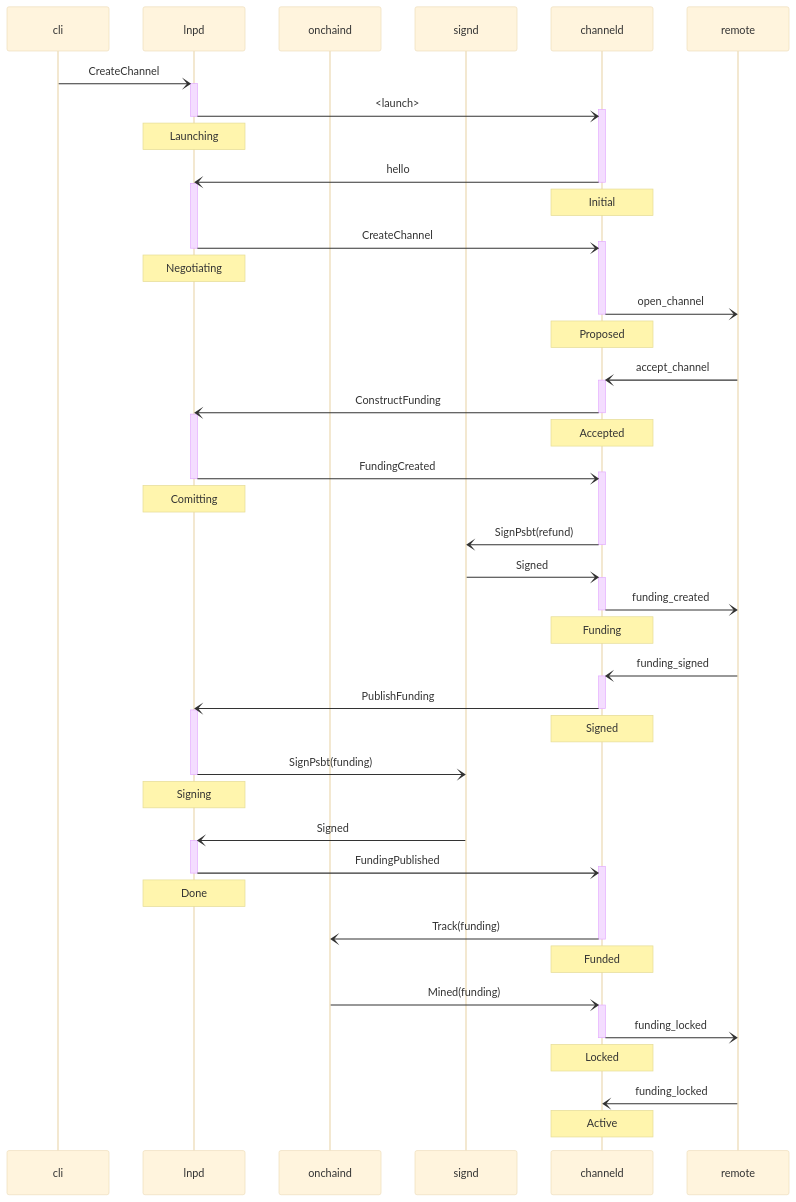
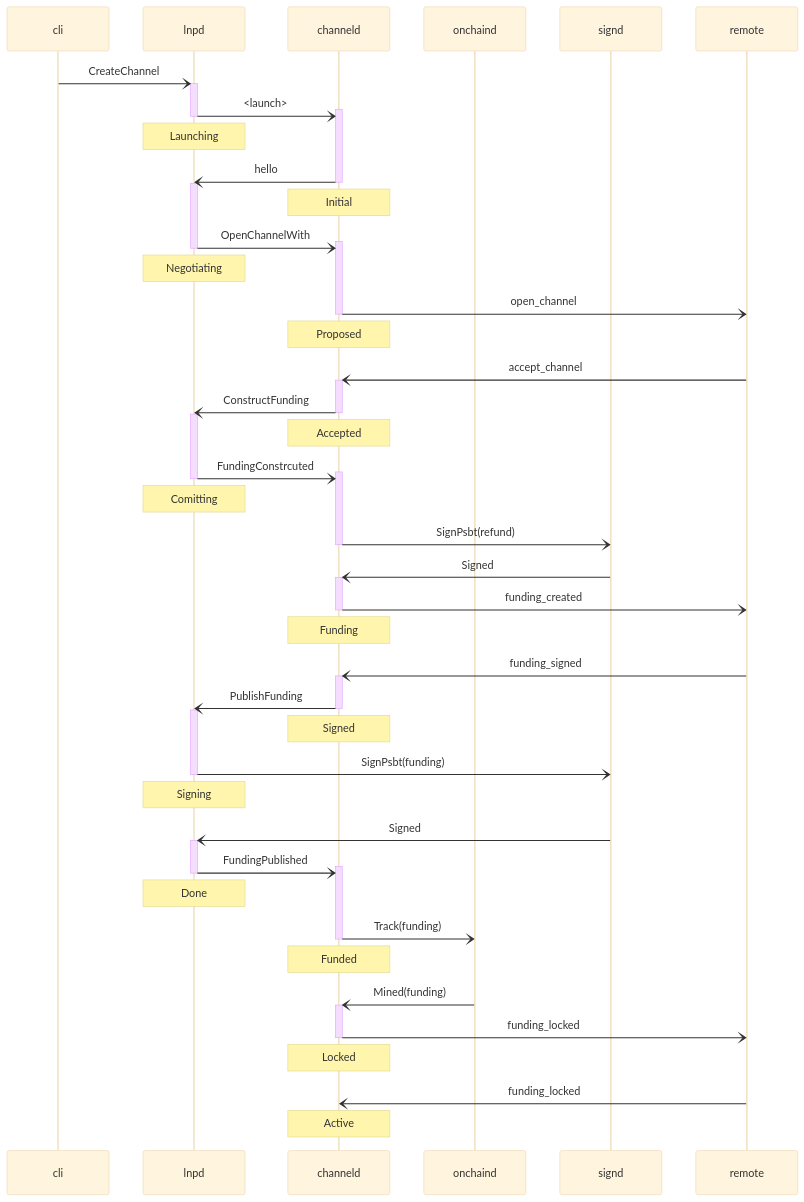
The diagram in doc/workflows/channel_propose.mmd (LNP-WG/lnp-node), drawn with Mermaid (base theme) before and after one commit. The commit also changed 9 other files, not shown here.

```diff
--- a/doc/workflows/channel_propose.mmd
+++ b/doc/workflows/channel_propose.mmd
@@ -1,54 +1,54 @@
 sequenceDiagram
 
 participant cli
 participant lnpd
+participant channeld
 participant onchaind
 participant signd
-participant channeld
 participant remote
 
 cli -) +lnpd: CreateChannel
 lnpd -) +channeld: <launch>
 deactivate lnpd
 note over lnpd: Launching
 channeld -) -lnpd: hello
 activate lnpd
 note over channeld: Initial
-lnpd -) +channeld: CreateChannel
+lnpd -) +channeld: OpenChannelWith
 deactivate lnpd
 note over lnpd: Negotiating
 channeld -) -remote: open_channel
 note over channeld: Proposed
 
 remote -) +channeld: accept_channel
 channeld -) -lnpd: ConstructFunding
 activate lnpd
 note over channeld: Accepted
-lnpd -) +channeld: FundingCreated
+lnpd -) +channeld: FundingConstrcuted
 deactivate lnpd
 note over lnpd: Comitting
 channeld -) -signd: SignPsbt(refund)
 signd -) +channeld: Signed
 channeld -) -remote: funding_created
 note over channeld: Funding
 
 remote -) +channeld: funding_signed
 channeld -) -lnpd: PublishFunding
 activate lnpd
 note over channeld: Signed
 lnpd -) signd: SignPsbt(funding)
 deactivate lnpd
 note over lnpd: Signing
 signd -) +lnpd: Signed
 lnpd -) +channeld: FundingPublished
 deactivate lnpd
 note over lnpd: Done
 channeld -) -onchaind: Track(funding)
 note over channeld: Funded
 
 onchaind -) +channeld: Mined(funding)
 channeld -) -remote: funding_locked
 note over channeld: Locked
 
 remote -) channeld: funding_locked
 note over channeld: Active
```
